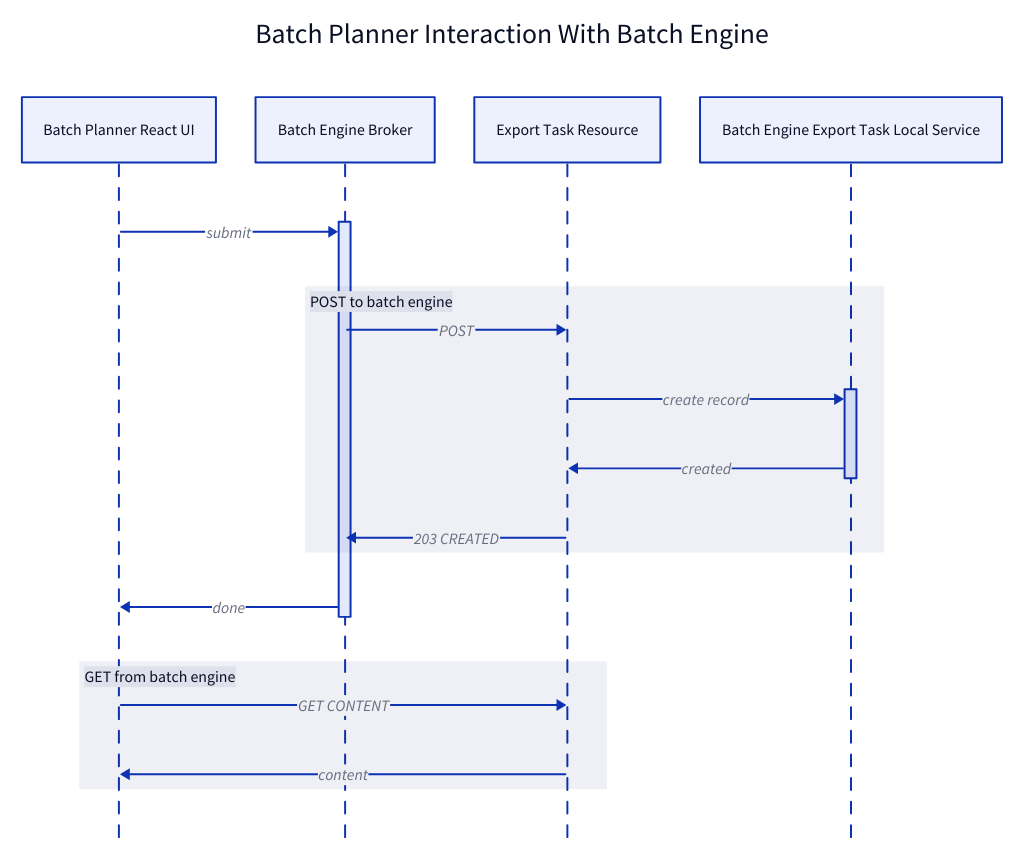
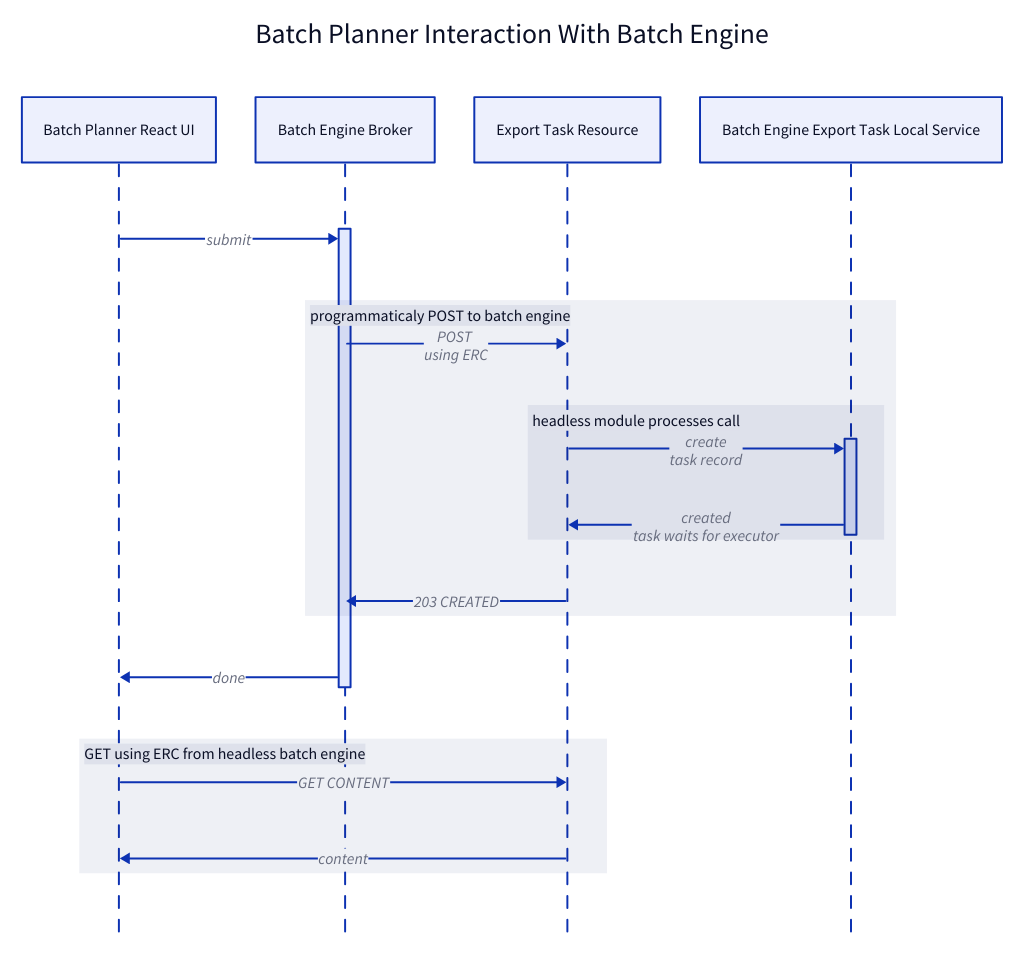
The diagram in batch-planner/batch-planner-export-flow.d2 (liferay-headless/liferay-portal), drawn with D2 before and after one commit. The commit also changed 1 other file, not shown here.

Commit message:
LRDOCS-11165 batch-planner - update

```diff
--- a/batch-planner/batch-planner-export-flow.d2
+++ b/batch-planner/batch-planner-export-flow.d2
@@ -1,23 +1,25 @@
 Export Flow Interactions: Batch Planner Interaction With Batch Engine {
   shape: sequence_diagram
   gui: Batch Planner React UI
   beBroker: Batch Engine Broker
   beETR: Export Task Resource
   beETLS: Batch Engine Export Task Local Service
 
   gui -> beBroker.ack: submit
 
-  POST to batch engine: {
-    beBroker -> beETR: POST
-    beETR -> beETLS.ack: create record
-    beETLS.ack -> beETR: created
+  programmaticaly POST to batch engine: {
+    beBroker -> beETR: POST \nusing ERC
+    headless module processes call: {
+      beETR -> beETLS.ack: create\ntask record
+      beETLS.ack -> beETR: created\ntask waits for executor
+    }
     beETR -> beBroker: 203 CREATED
   }
 
   beBroker.ack -> gui: done
 
-  GET from batch engine: {
+  GET using ERC from headless batch engine: {
     gui -> beETR: GET CONTENT
     beETR -> gui: content
   }
 }
```
